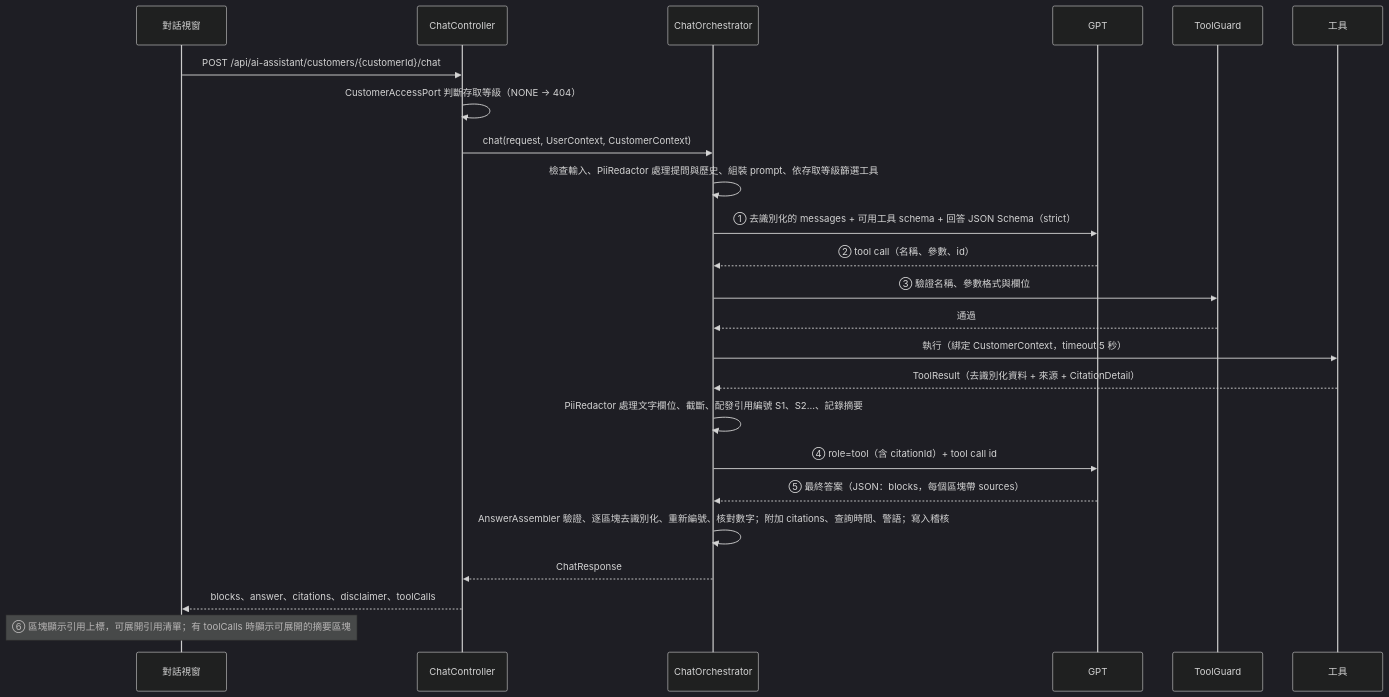
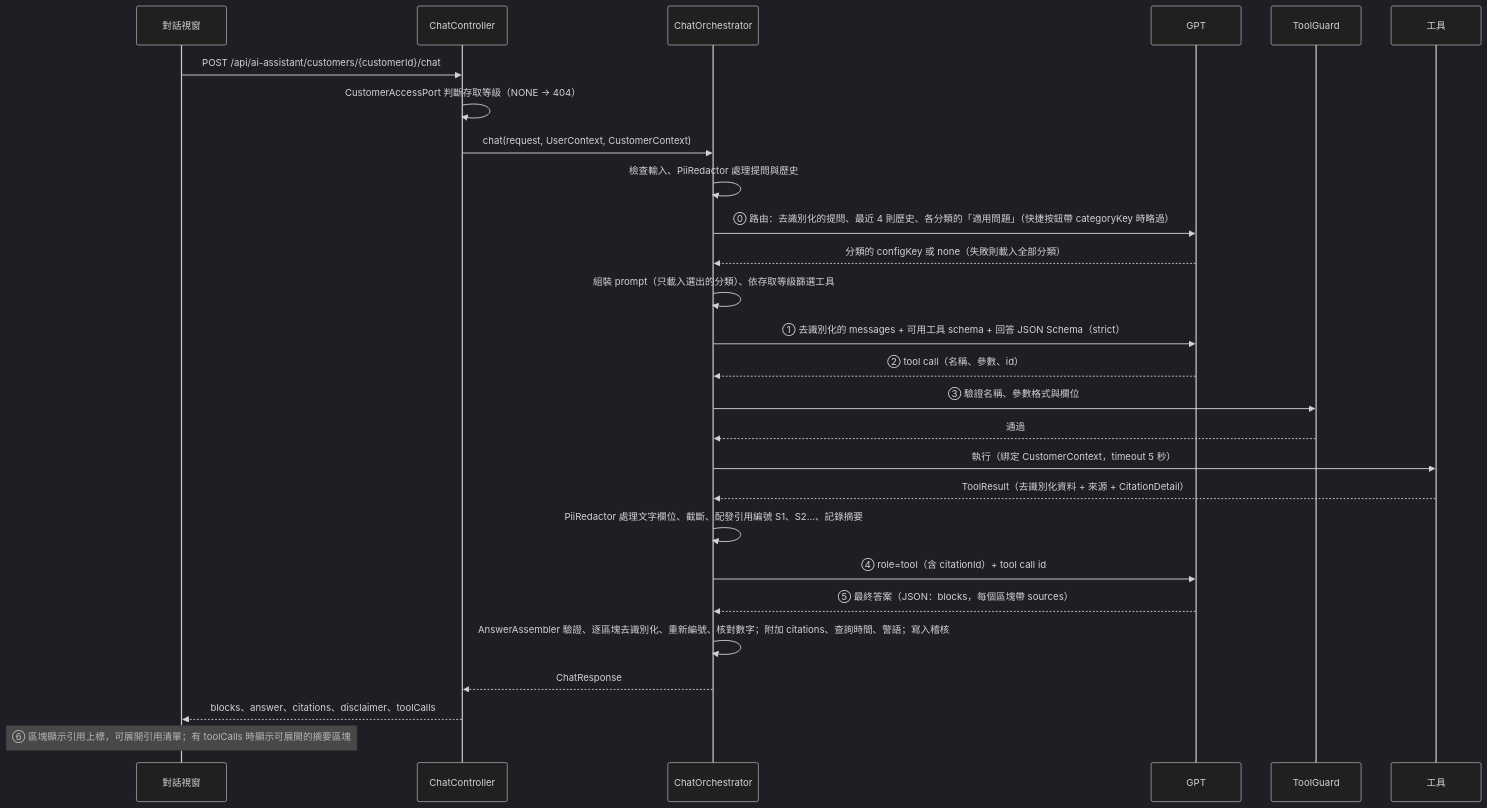
One commit to Rue1216/assistant-poc changed the second of 2 diagrams in docs/spec/01-architecture.md. Above: the diagram before and after it, drawn with Mermaid (dark theme). The commit also changed other lines of this file and 74 other files, not shown here.

````diff
--- a/docs/spec/01-architecture.md
+++ b/docs/spec/01-architecture.md
@@ -118,27 +120,30 @@
 ```mermaid
 sequenceDiagram
   participant U as 對話視窗
   participant C as ChatController
   participant O as ChatOrchestrator
   participant G as GPT
   participant TG as ToolGuard
   participant T as 工具
 
   U->>C: POST /api/ai-assistant/customers/{customerId}/chat
   C->>C: CustomerAccessPort 判斷存取等級（NONE → 404）
   C->>O: chat(request, UserContext, CustomerContext)
-  O->>O: 檢查輸入、PiiRedactor 處理提問與歷史、組裝 prompt、依存取等級篩選工具
+  O->>O: 檢查輸入、PiiRedactor 處理提問與歷史
+  O->>G: ⓪ 路由：去識別化的提問、最近 4 則歷史、各分類的「適用問題」（快捷按鈕帶 categoryKey 時略過）
+  G-->>O: 分類的 configKey 或 none（失敗則載入全部分類）
+  O->>O: 組裝 prompt（只載入選出的分類）、依存取等級篩選工具
   O->>G: ① 去識別化的 messages + 可用工具 schema + 回答 JSON Schema（strict）
   G-->>O: ② tool call（名稱、參數、id）
   O->>TG: ③ 驗證名稱、參數格式與欄位
   TG-->>O: 通過
   O->>T: 執行（綁定 CustomerContext，timeout 5 秒）
   T-->>O: ToolResult（去識別化資料 + 來源 + CitationDetail）
   O->>O: PiiRedactor 處理文字欄位、截斷、配發引用編號 S1、S2…、記錄摘要
   O->>G: ④ role=tool（含 citationId）+ tool call id
   G-->>O: ⑤ 最終答案（JSON：blocks，每個區塊帶 sources）
   O->>O: AnswerAssembler 驗證、逐區塊去識別化、重新編號、核對數字；附加 citations、查詢時間、警語；寫入稽核
   O-->>C: ChatResponse
   C-->>U: blocks、answer、citations、disclaimer、toolCalls
   Note over U: ⑥ 區塊顯示引用上標，可展開引用清單；有 toolCalls 時顯示可展開的摘要區塊
 ```
````
